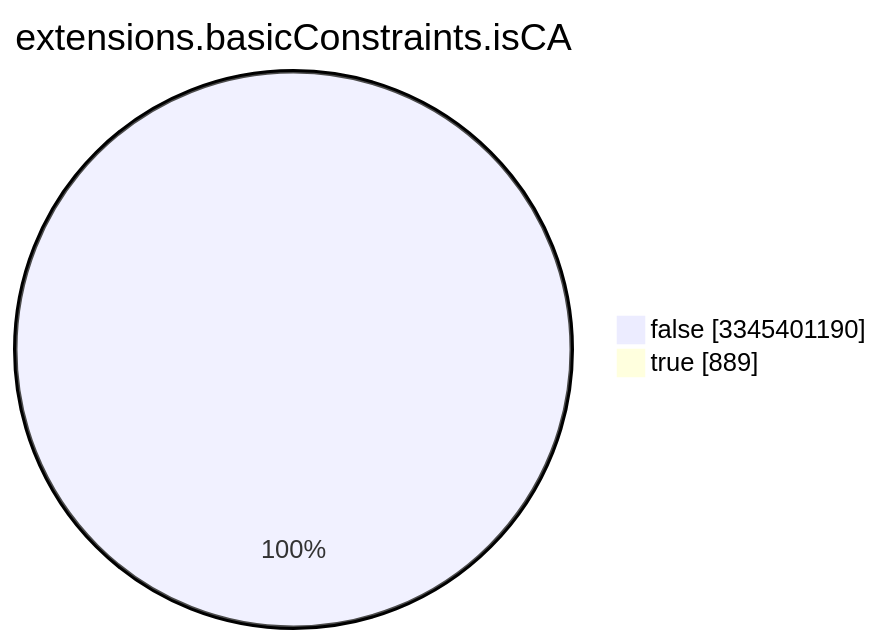
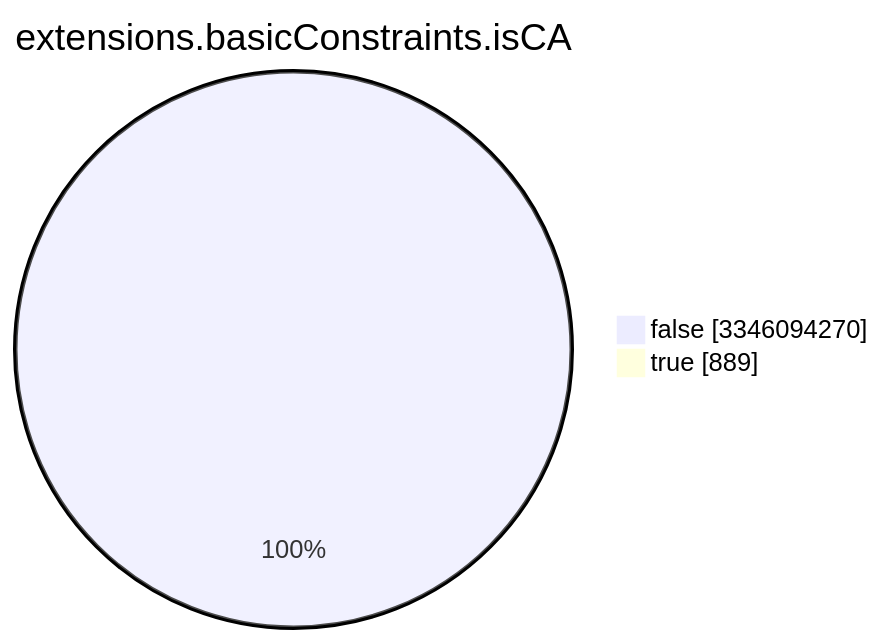
One commit to christiankrug/ctmonitor_visualization changed the seventh of 15 diagrams in TOTAL/README.md. Above: the diagram before and after it, drawn with Mermaid. The commit also changed other lines of this file, not shown here.

````diff
--- a/TOTAL/README.md
+++ b/TOTAL/README.md
@@ -3089,6 +3089,6 @@
 ```mermaid
 pie showData
 title extensions.basicConstraints.isCA
-"false" :3345401190
+"false" :3346094270
 "true" :889
 ```
````
